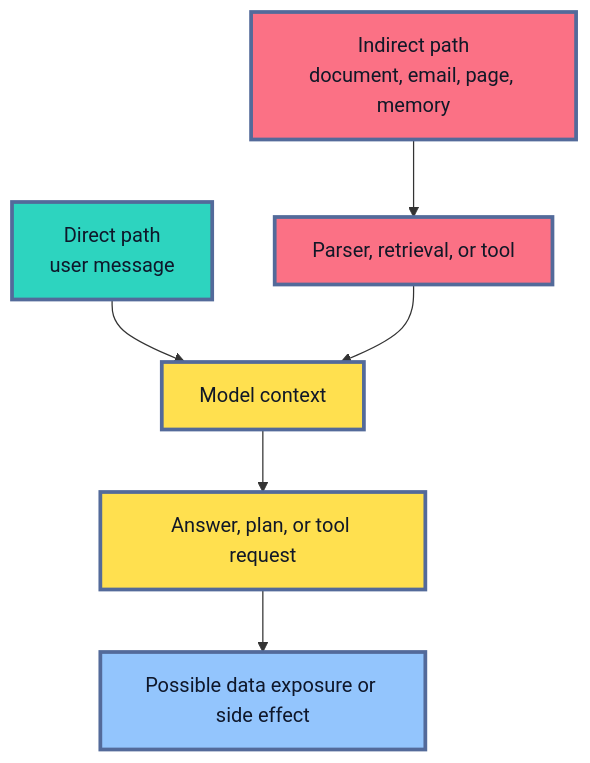
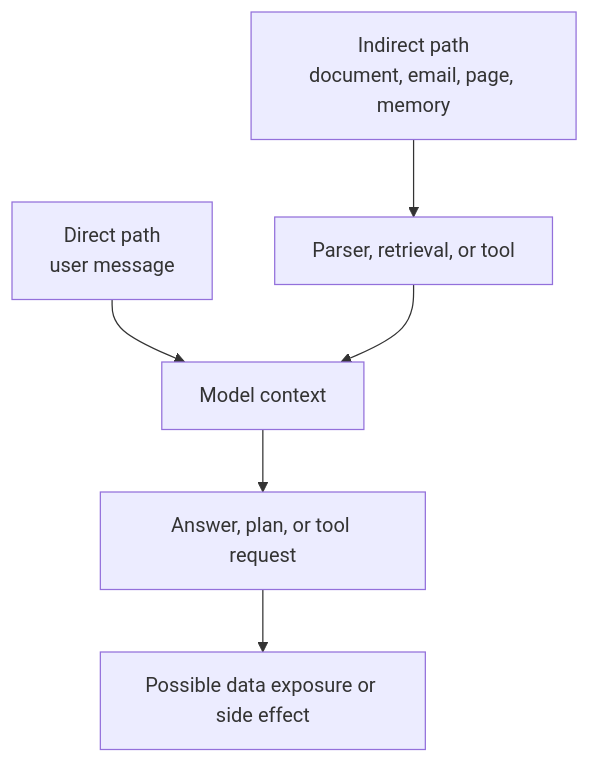
One commit to senlinyy/dev-roadmaps changed the second of 3 diagrams in roadmaps/mlops/modules/llmops/safety-and-governance/01-prompt-injection.md. Above: the diagram before and after it, drawn with Mermaid. The commit also changed other lines of this file and 152 other files, not shown here.

Commit message:
feat: mlops and diagrams updated

````diff
--- a/roadmaps/mlops/modules/llmops/safety-and-governance/01-prompt-injection.md
+++ b/roadmaps/mlops/modules/llmops/safety-and-governance/01-prompt-injection.md
@@ -87,17 +83,13 @@
 ```mermaid
 flowchart TD
     A["Direct path<br/>user message"] --> D["Model context"]
     B["Indirect path<br/>document, email, page, memory"] --> C["Parser, retrieval, or tool"]
     C --> D
     D --> E["Answer, plan, or tool request"]
     E --> F["Possible data exposure or side effect"]
 
-    classDef direct fill:#2DD4BF,stroke:#536A9A,stroke-width:3px,color:#0F172A
-    classDef indirect fill:#FB7185,stroke:#536A9A,stroke-width:3px,color:#111827
-    classDef system fill:#FFE04F,stroke:#536A9A,stroke-width:3px,color:#111827
-    classDef impact fill:#93C5FD,stroke:#536A9A,stroke-width:3px,color:#0F172A
     class A direct
     class B,C indirect
     class D,E system
     class F impact
 ```
````
